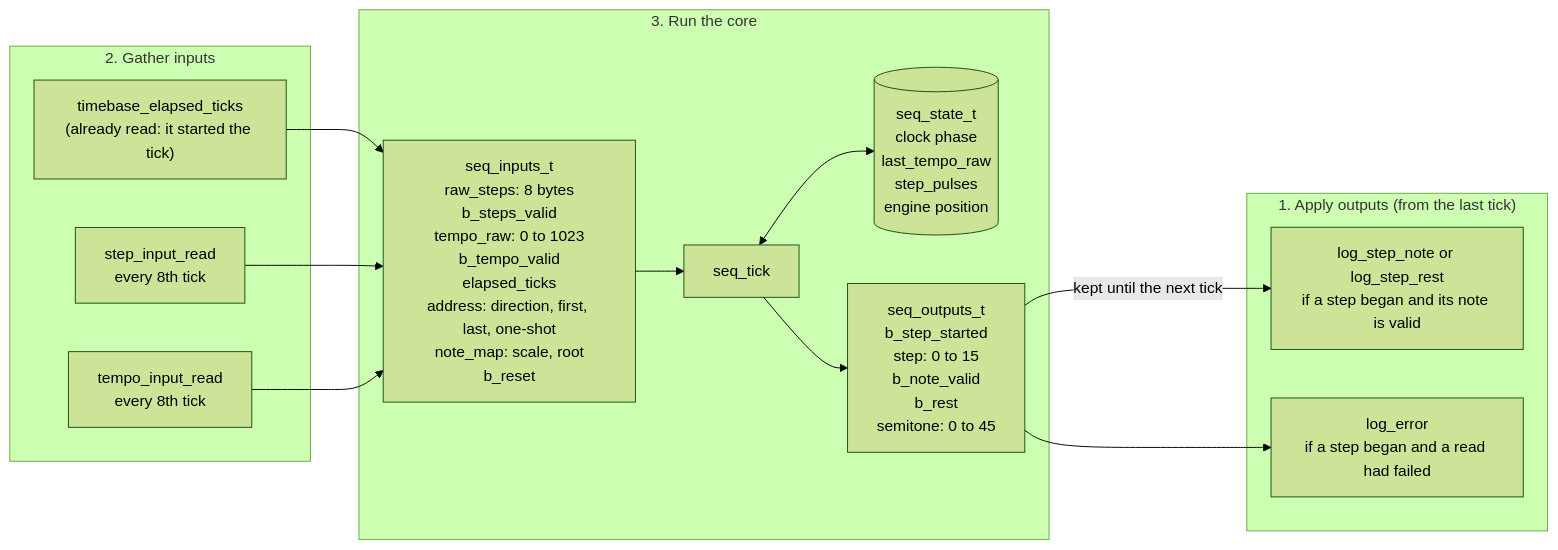
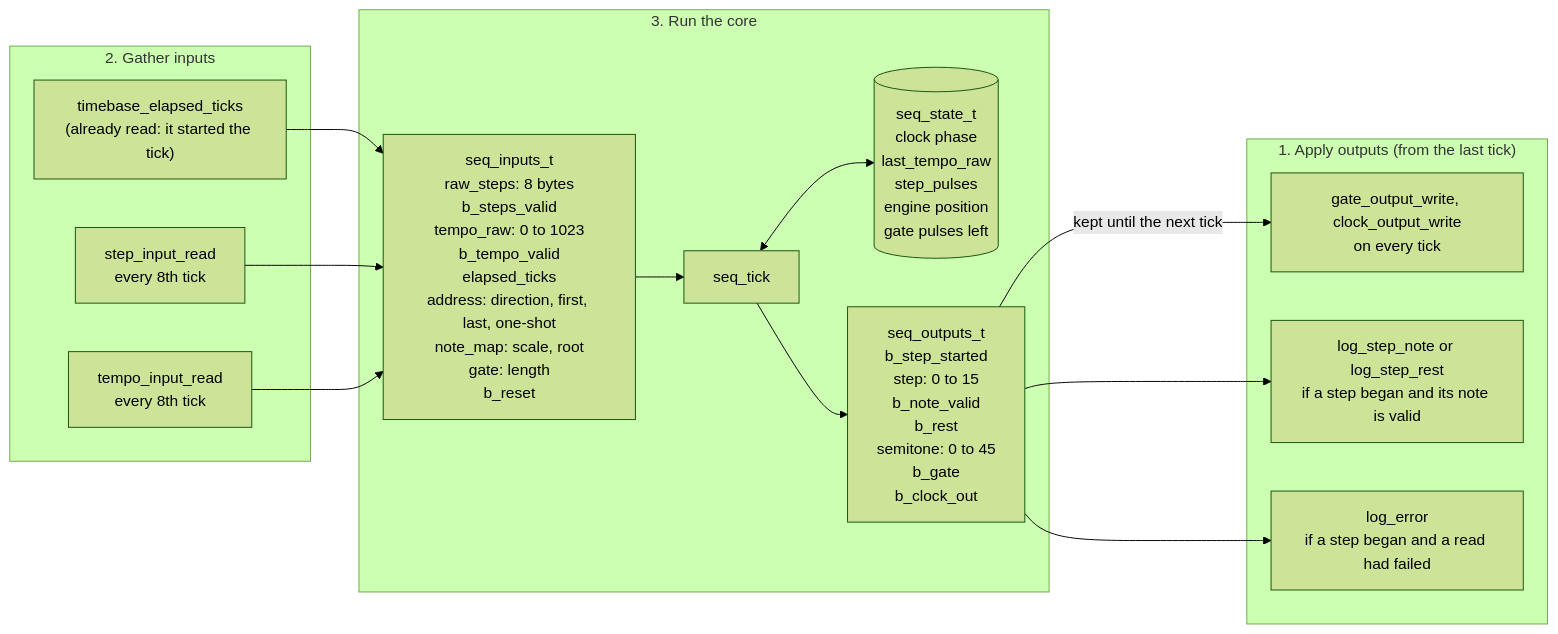
The fifth of 20 diagrams in docs/ARCHITECTURE.md (BonelessPig/nano_sequencer), drawn with Mermaid (forest theme) before and after one commit. The commit also changed other lines of this file and 33 other files, not shown here.

First line of the commit message:
Phase 3: gate and clock outputs

````diff
--- a/docs/ARCHITECTURE.md
+++ b/docs/ARCHITECTURE.md
@@ -172,26 +183,28 @@
 ```mermaid
 flowchart LR
     subgraph apply["1. Apply outputs (from the last tick)"]
+        pins["gate_output_write, clock_output_write<br/>on every tick"]
         logn["log_step_note or log_step_rest<br/>if a step began and its note is valid"]
         loge["log_error<br/>if a step began and a read had failed"]
     end
     subgraph gather["2. Gather inputs"]
         tb["timebase_elapsed_ticks<br/>(already read: it started the tick)"]
         sr["step_input_read<br/>every 8th tick"]
         tr["tempo_input_read<br/>every 8th tick"]
     end
     subgraph run["3. Run the core"]
-        in["seq_inputs_t<br/>raw_steps: 8 bytes<br/>b_steps_valid<br/>tempo_raw: 0 to 1023<br/>b_tempo_valid<br/>elapsed_ticks<br/>address: direction, first, last, one-shot<br/>note_map: scale, root<br/>b_reset"]
+        in["seq_inputs_t<br/>raw_steps: 8 bytes<br/>b_steps_valid<br/>tempo_raw: 0 to 1023<br/>b_tempo_valid<br/>elapsed_ticks<br/>address: direction, first, last, one-shot<br/>note_map: scale, root<br/>gate: length<br/>b_reset"]
         tick["seq_tick"]
-        state[("seq_state_t<br/>clock phase<br/>last_tempo_raw<br/>step_pulses<br/>engine position")]
-        out["seq_outputs_t<br/>b_step_started<br/>step: 0 to 15<br/>b_note_valid<br/>b_rest<br/>semitone: 0 to 45"]
+        state[("seq_state_t<br/>clock phase<br/>last_tempo_raw<br/>step_pulses<br/>engine position<br/>gate pulses left")]
+        out["seq_outputs_t<br/>b_step_started<br/>step: 0 to 15<br/>b_note_valid<br/>b_rest<br/>semitone: 0 to 45<br/>b_gate<br/>b_clock_out"]
     end
     tb --> in
     sr --> in
     tr --> in
     in --> tick
     tick <--> state
     tick --> out
-    out -->|"kept until the next tick"| logn
+    out -->|"kept until the next tick"| pins
+    out --> logn
     out --> loge
 ```
````
